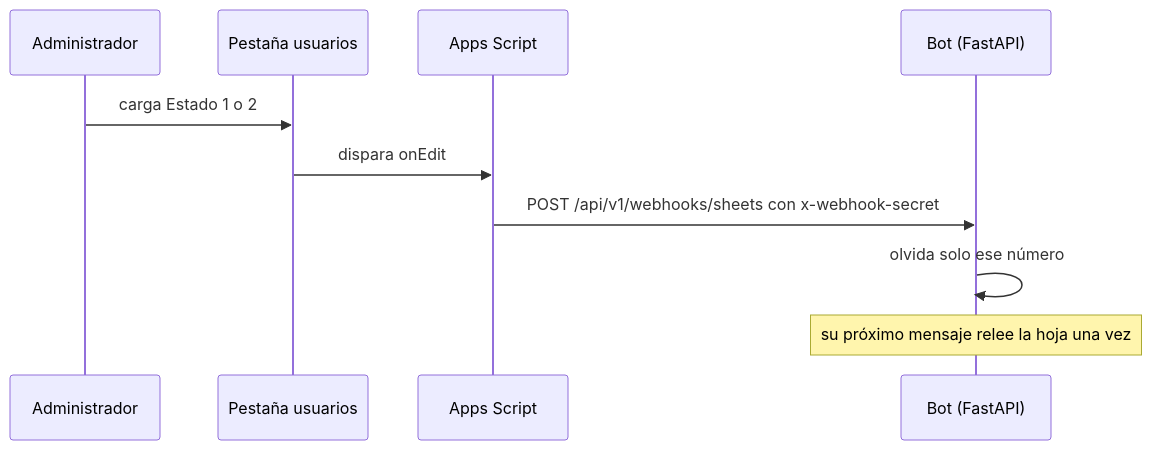
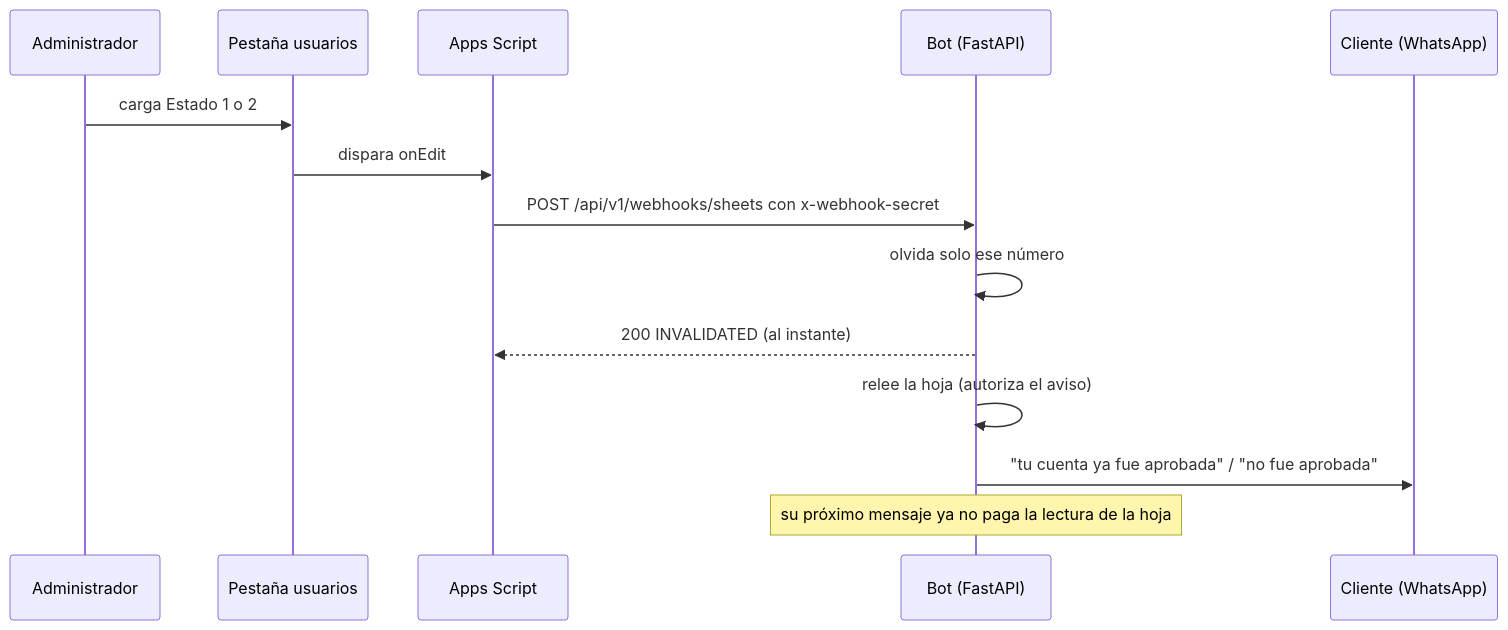
One commit to AndersonMauricio/Bot-de-Registro-Financiero changed the diagram in docs/apps_script_usuarios.md. Above: the diagram before and after it, drawn with Mermaid. The commit also changed other lines of this file and 14 other files, not shown here.

````diff
--- a/docs/apps_script_usuarios.md
+++ b/docs/apps_script_usuarios.md
@@ -5,12 +7,16 @@
 ```mermaid
 sequenceDiagram
     participant A as Administrador
     participant S as Pestaña usuarios
     participant G as Apps Script
     participant B as Bot (FastAPI)
+    participant C as Cliente (WhatsApp)
     A->>S: carga Estado 1 o 2
     S->>G: dispara onEdit
     G->>B: POST /api/v1/webhooks/sheets con x-webhook-secret
     B->>B: olvida solo ese número
-    Note over B: su próximo mensaje relee la hoja una vez
+    B-->>G: 200 INVALIDATED (al instante)
+    B->>B: relee la hoja (autoriza el aviso)
+    B->>C: "tu cuenta ya fue aprobada" / "no fue aprobada"
+    Note over B: su próximo mensaje ya no paga la lectura de la hoja
 ```
````
